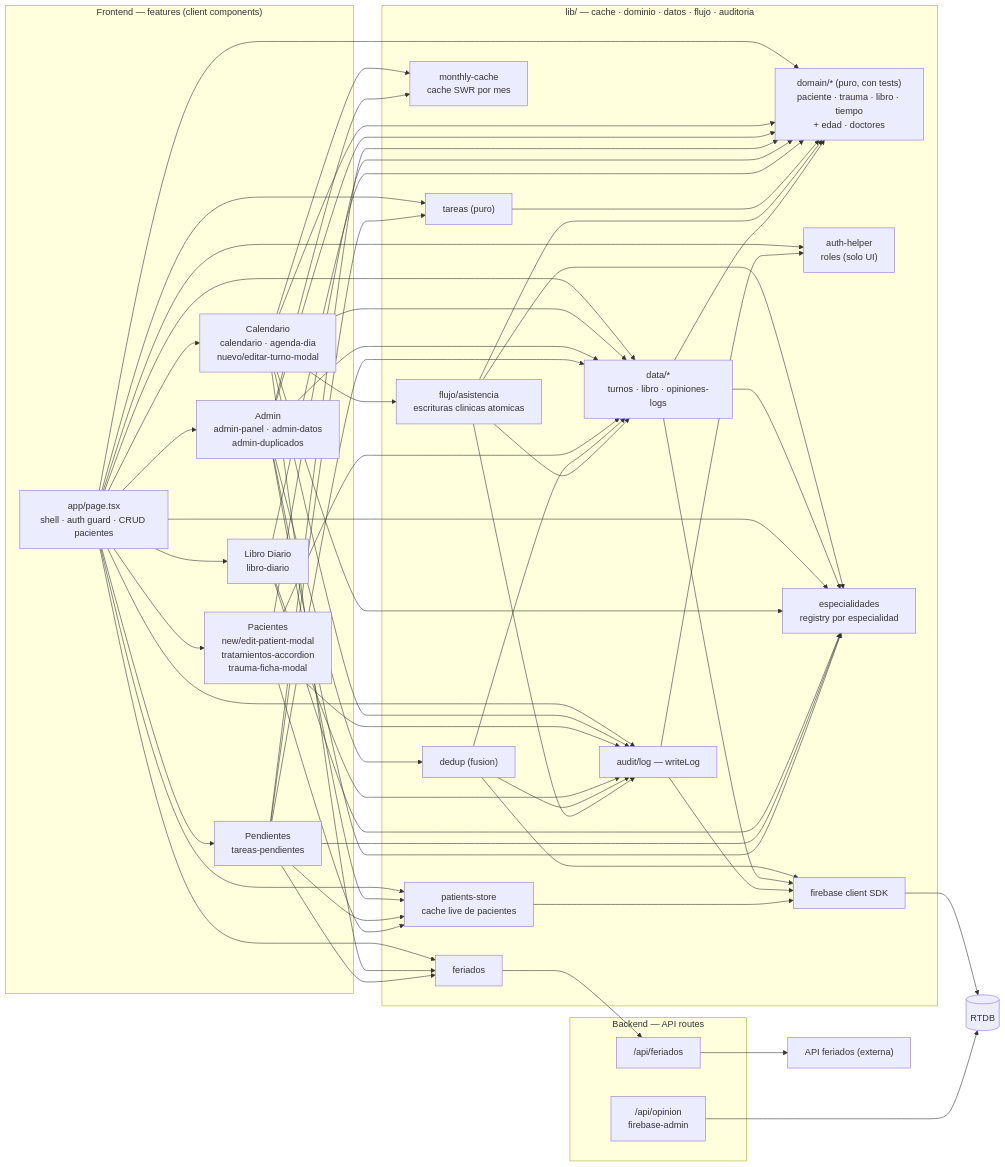
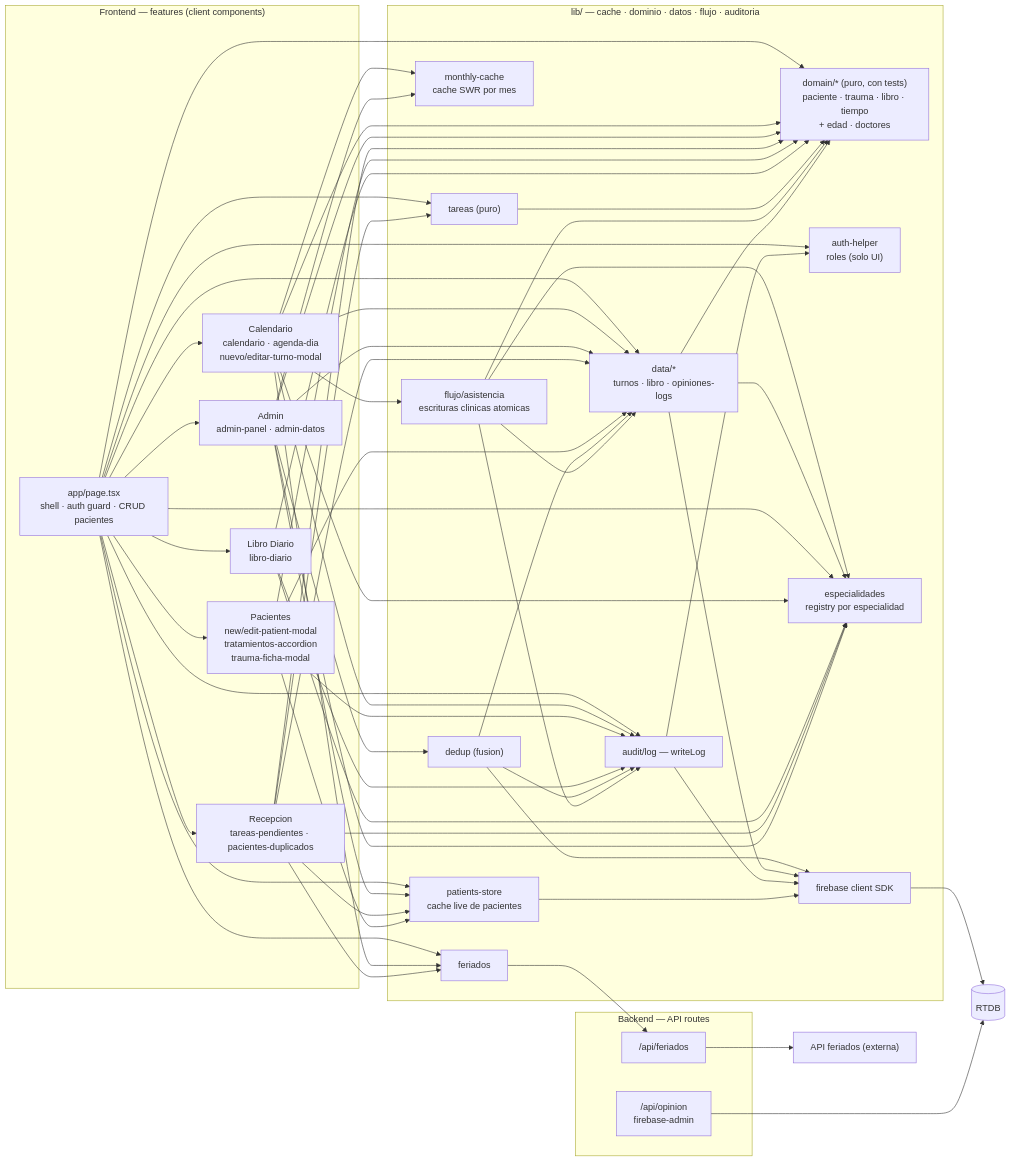
One commit to joacoz29/crudkinesiologia changed the third of 3 diagrams in docs/architecture.md. Above: the diagram before and after it, drawn with Mermaid. The commit also changed other lines of this file and 2 other files, not shown here.

Commit message:
fix(opinion): sumar a Anabela Dure a '¿Quién te atendió?' + docs al día tras R1-R3
Claude-Session: https://claude.ai/code/session_01Div4HMkZygphgXxWf8DWNz

````diff
--- a/docs/architecture.md
+++ b/docs/architecture.md
@@ -148,53 +148,53 @@
 ```mermaid
 flowchart LR
     subgraph feat["Frontend — features (client components)"]
         shell["app/page.tsx<br/>shell · auth guard · CRUD pacientes"]
         cpac["Pacientes<br/>new/edit-patient-modal<br/>tratamientos-accordion<br/>trauma-ficha-modal"]
         ccal["Calendario<br/>calendario · agenda-dia<br/>nuevo/editar-turno-modal"]
         clib["Libro Diario<br/>libro-diario"]
-        cpen["Pendientes<br/>tareas-pendientes"]
-        cadm["Admin<br/>admin-panel · admin-datos<br/>admin-duplicados"]
+        cpen["Recepcion<br/>tareas-pendientes · pacientes-duplicados"]
+        cadm["Admin<br/>admin-panel · admin-datos"]
     end
 
     subgraph libl["lib/ — cache · dominio · datos · flujo · auditoria"]
         store["patients-store<br/>cache live de pacientes"]
         mcache["monthly-cache<br/>cache SWR por mes"]
         dom["domain/* (puro, con tests)<br/>paciente · trauma · libro · tiempo<br/>+ edad · doctores"]
         dataM["data/*<br/>turnos · libro · opiniones-logs"]
         flujoM["flujo/asistencia<br/>escrituras clinicas atomicas"]
         auditM["audit/log — writeLog"]
         tareas["tareas (puro)"]
         dedup["dedup (fusion)"]
         fer["feriados"]
         authh["auth-helper<br/>roles (solo UI)"]
         esp["especialidades<br/>registry por especialidad"]
         fbc["firebase client SDK"]
     end
 
     subgraph back["Backend — API routes"]
         apiop["/api/opinion<br/>firebase-admin"]
         apife["/api/feriados"]
     end
 
     rtdb[("RTDB")]
     ext["API feriados (externa)"]
 
     shell --> cpac & ccal & clib & cpen & cadm
     shell --> store & tareas & fer & authh & dataM & auditM & dom
     ccal --> mcache & fer & dataM & flujoM & auditM & dom
     cadm --> mcache & store & dedup & dataM & dom
     cpen --> store & tareas & fer & dataM & dom
     cpac --> store & dataM & auditM & dom
     clib --> auditM & dom
     tareas --> dom
     dedup --> dataM & auditM & fbc
     flujoM --> dataM & dom & auditM & esp
     dataM --> dom & esp & fbc
     auditM --> authh & fbc
     shell & ccal & clib & cpen & cadm --> esp
     store --> fbc
     fer --> apife
     fbc --> rtdb
     apiop --> rtdb
     apife --> ext
 ```
````
